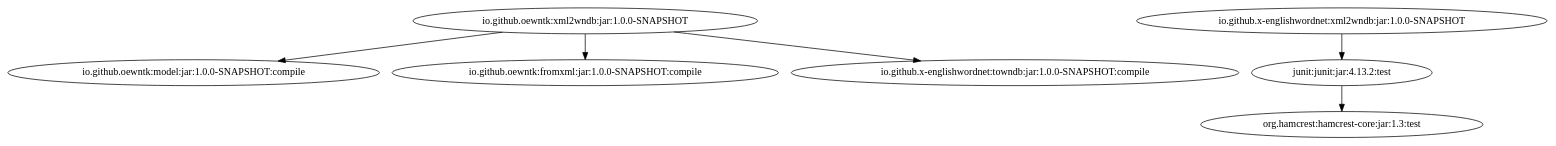
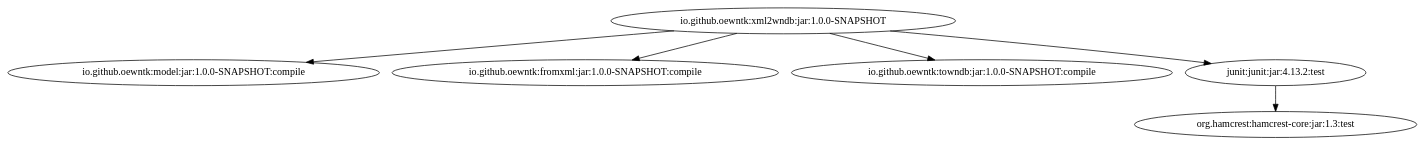
The diagram in images/grind-xml2wndb.dot (oewntk/grind_xml2wndb), drawn with Graphviz before and after one commit. The commit also changed 1 other file, not shown here.

```diff
--- a/images/grind-xml2wndb.dot
+++ b/images/grind-xml2wndb.dot
@@ -1,7 +1,7 @@
 digraph "io.github.oewntk:xml2wndb:jar:1.0.0-SNAPSHOT" {
 	"io.github.oewntk:xml2wndb:jar:1.0.0-SNAPSHOT" -> "io.github.oewntk:model:jar:1.0.0-SNAPSHOT:compile" ;
 	"io.github.oewntk:xml2wndb:jar:1.0.0-SNAPSHOT" -> "io.github.oewntk:fromxml:jar:1.0.0-SNAPSHOT:compile" ;
-	"io.github.oewntk:xml2wndb:jar:1.0.0-SNAPSHOT" -> "io.github.x-englishwordnet:towndb:jar:1.0.0-SNAPSHOT:compile" ;
-	"io.github.x-englishwordnet:xml2wndb:jar:1.0.0-SNAPSHOT" -> "junit:junit:jar:4.13.2:test" ; 
+	"io.github.oewntk:xml2wndb:jar:1.0.0-SNAPSHOT" -> "io.github.oewntk:towndb:jar:1.0.0-SNAPSHOT:compile" ;
+	"io.github.oewntk:xml2wndb:jar:1.0.0-SNAPSHOT" -> "junit:junit:jar:4.13.2:test" ;
 	"junit:junit:jar:4.13.2:test" -> "org.hamcrest:hamcrest-core:jar:1.3:test" ; 
  } 
```
